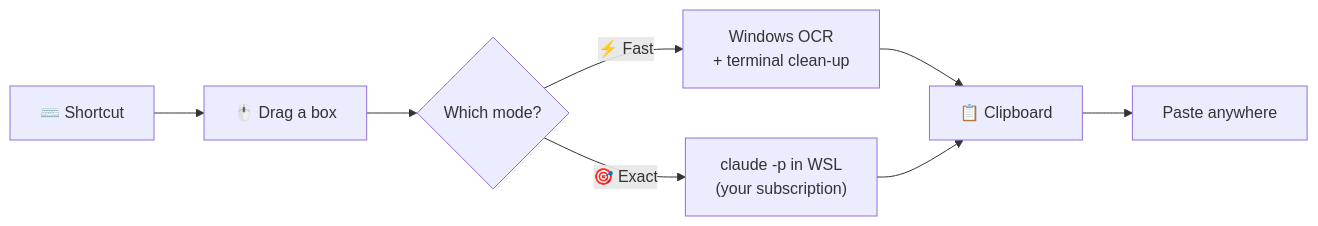
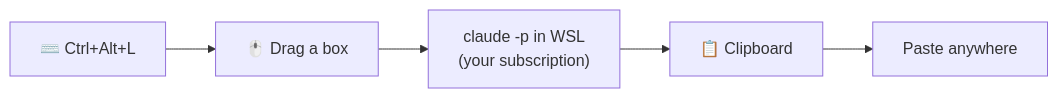
One commit to CubezCS-tys/screen-ocr changed the diagram in README.md. Above: the diagram before and after it, drawn with Mermaid. The commit also changed other lines of this file and 2 other files, not shown here.

First line of the commit message:
Drop the Windows OCR mode; Claude is the only engine

````diff
--- a/README.md
+++ b/README.md
@@ -73,10 +50,7 @@
 ```mermaid
 flowchart LR
-    A["⌨️ Shortcut"] --> B["🖱️ Drag a box"]
-    B --> C{"Which mode?"}
-    C -->|"🎯 Exact"| E["claude -p in WSL<br>(your subscription)"]
-    C -->|"⚡ Fast"| D["Windows OCR<br>+ terminal clean-up"]
-    D --> F["📋 Clipboard"]
-    E --> F
-    F --> G["Paste anywhere"]
+    A["⌨️ Ctrl+Alt+L"] --> B["🖱️ Drag a box"]
+    B --> C["claude -p in WSL<br>(your subscription)"]
+    C --> D["📋 Clipboard"]
+    D --> E["Paste anywhere"]
 ```
````
